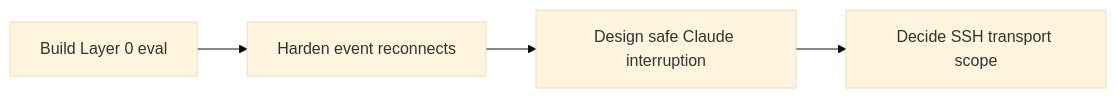
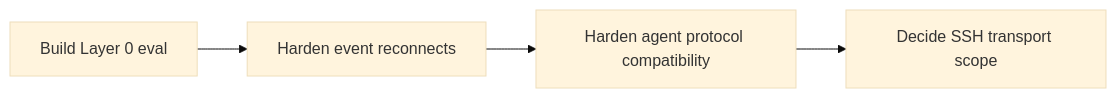
The second of 2 diagrams in docs/architecture/status-tracker.md (chrisdobler/squirl), drawn with Mermaid (base theme) before and after one commit. The commit also changed other lines of this file and 29 other files, not shown here.

````diff
--- a/docs/architecture/status-tracker.md
+++ b/docs/architecture/status-tracker.md
@@ -35,6 +35,6 @@
 ```mermaid
 flowchart LR
   layer0["Build Layer 0 eval"] --> reconnect["Harden event reconnects"]
-  reconnect --> interrupt["Design safe Claude interruption"]
-  interrupt --> remote["Decide SSH transport scope"]
+  reconnect --> compatibility["Harden agent protocol compatibility"]
+  compatibility --> remote["Decide SSH transport scope"]
 ```
````
